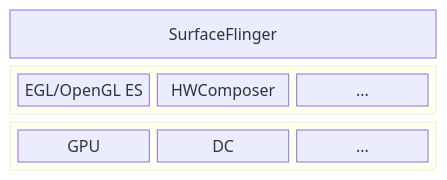
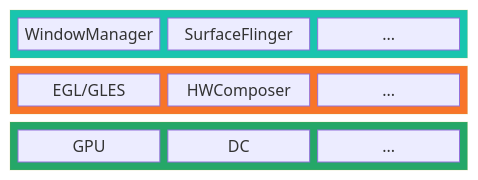
Before and after one commit to lucmann/lucmann.github.io: the diagram in source/_posts/gfx/hal.md, drawn with Mermaid. The commit also changed other lines of this file and 1 other file, not shown here.

Commit message:
gfx: hal mermaid style

````diff
--- a/source/_posts/gfx/hal.md
+++ b/source/_posts/gfx/hal.md
@@ -9,16 +14,26 @@
 ```mermaid
 block-beta
   columns 3
-  A["SurfaceFlinger"]:3
   block:group1:3
     %% columns auto (default)   
-    a["EGL/OpenGL ES"]
+    A["WindowManager"]
+    B["SurfaceFlinger"]
+    C["..."]
+  end
+  block:group2:3
+    a["EGL/GLES"]
     b["HWComposer"]
     c["..."]
   end
-  block:group2:3
+  block:group3:3
     a1["GPU"]
     b1["DC"]
     c1["..."]
   end
+  %% 海沫蓝
+  style group1 fill:#19C5AE
+  %% **橙
+  style group2 fill:#F87529
+  %% **绿
+  style group3 fill:#25A768
 ```
````
